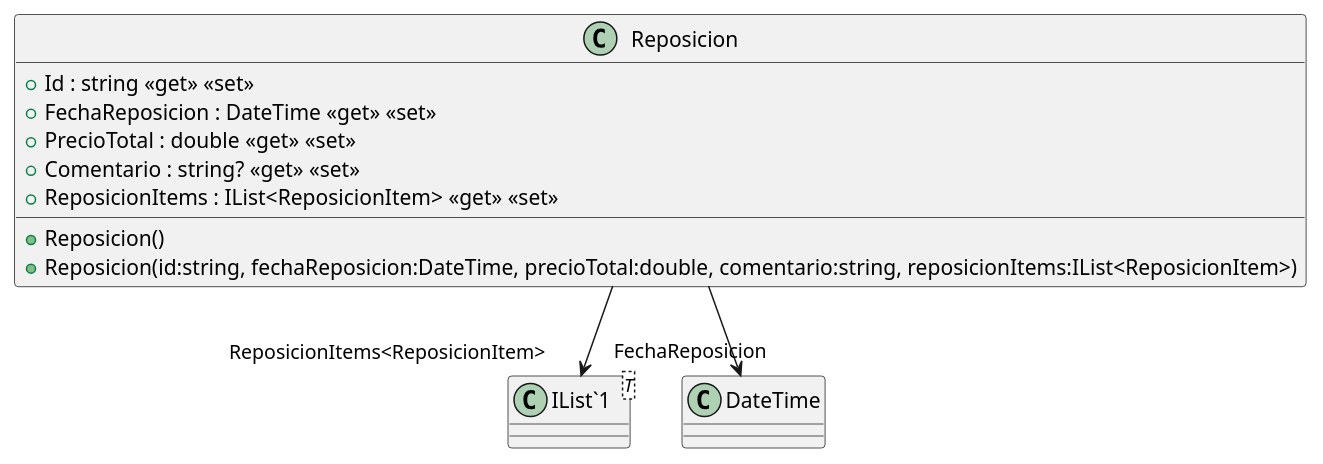
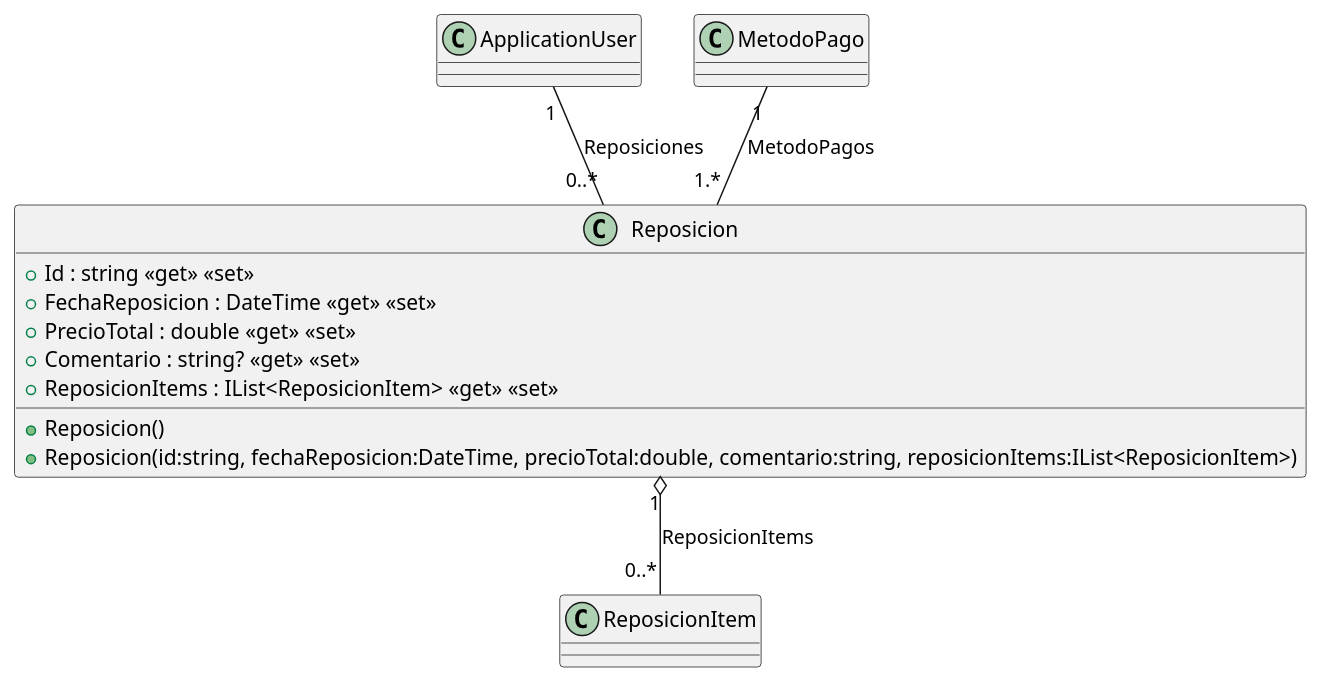
Before and after one commit to ISII2627LosElnes/ISII2627LosElnes: the diagram in src/AppForSEII.API/ClassDiagram/Reposicion.puml, drawn with PlantUML. The commit also changed 5 other files, not shown here.

```diff
--- a/src/AppForSEII.API/ClassDiagram/Reposicion.puml
+++ b/src/AppForSEII.API/ClassDiagram/Reposicion.puml
@@ -1,15 +1,14 @@
 @startuml
 class Reposicion {
     + Reposicion()
     + Reposicion(id:string, fechaReposicion:DateTime, precioTotal:double, comentario:string, reposicionItems:IList<ReposicionItem>)
     + Id : string <<get>> <<set>>
     + FechaReposicion : DateTime <<get>> <<set>>
     + PrecioTotal : double <<get>> <<set>>
     + Comentario : string? <<get>> <<set>>
     + ReposicionItems : IList<ReposicionItem> <<get>> <<set>>
 }
-class "IList`1"<T> {
-}
-Reposicion --> "FechaReposicion" DateTime
-Reposicion --> "ReposicionItems<ReposicionItem>" "IList`1"
+Reposicion "1" o-- "0..*" ReposicionItem : ReposicionItems
+ApplicationUser "1" -- "0..*" Reposicion : Reposiciones
+MetodoPago "1" -- "1.*" Reposicion : MetodoPagos
 @enduml
```
